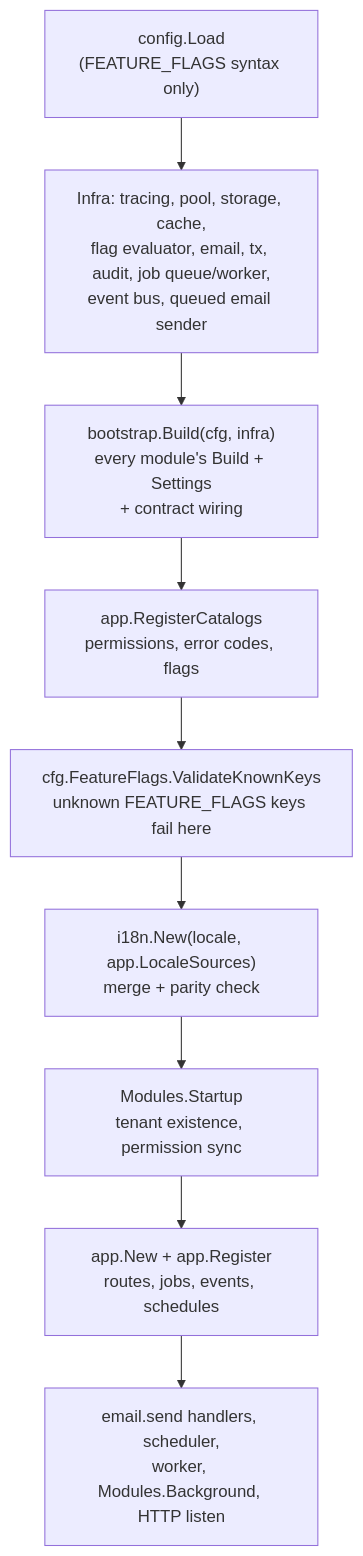
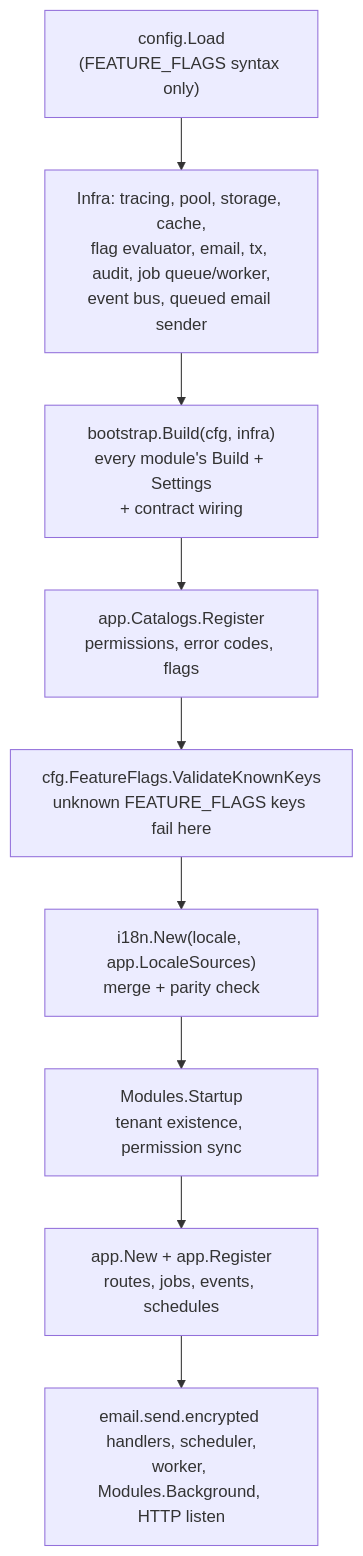
The sixth of 6 diagrams in docs/architecture.md (chuanghiduoc/fiber-golang-boilerplate), drawn with Mermaid before and after one commit. The commit also changed other lines of this file and 911 other files, not shown here.

````diff
--- a/docs/architecture.md
+++ b/docs/architecture.md
@@ -434,11 +436,11 @@
 ```mermaid
 flowchart TD
     cfg["config.Load<br/>(FEATURE_FLAGS syntax only)"] --> infra["Infra: tracing, pool, storage, cache,<br/>flag evaluator, email, tx, audit, job queue/worker,<br/>event bus, queued email sender"]
     infra --> build["bootstrap.Build(cfg, infra)<br/>every module's Build + Settings<br/>+ contract wiring"]
-    build --> cat["app.RegisterCatalogs<br/>permissions, error codes, flags"]
+    build --> cat["app.Catalogs.Register<br/>permissions, error codes, flags"]
     cat --> keys["cfg.FeatureFlags.ValidateKnownKeys<br/>unknown FEATURE_FLAGS keys fail here"]
     keys --> i18n["i18n.New(locale, app.LocaleSources)<br/>merge + parity check"]
     i18n --> startup["Modules.Startup<br/>tenant existence, permission sync"]
     startup --> appnew["app.New + app.Register<br/>routes, jobs, events, schedules"]
-    appnew --> run["email.send handlers, scheduler,<br/>worker, Modules.Background, HTTP listen"]
+    appnew --> run["email.send.encrypted handlers, scheduler,<br/>worker, Modules.Background, HTTP listen"]
 ```
````
